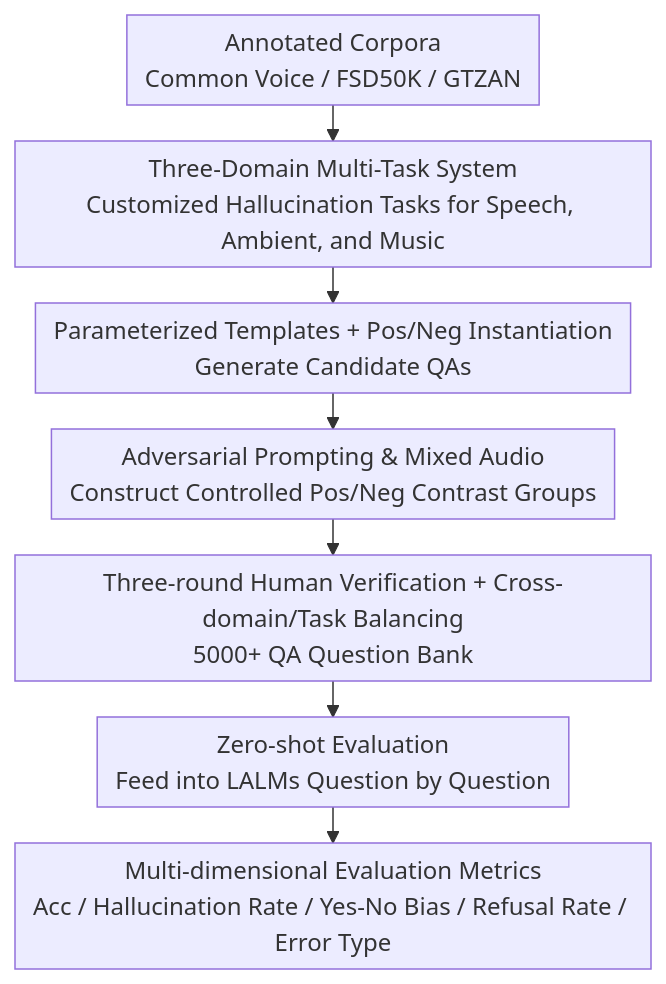
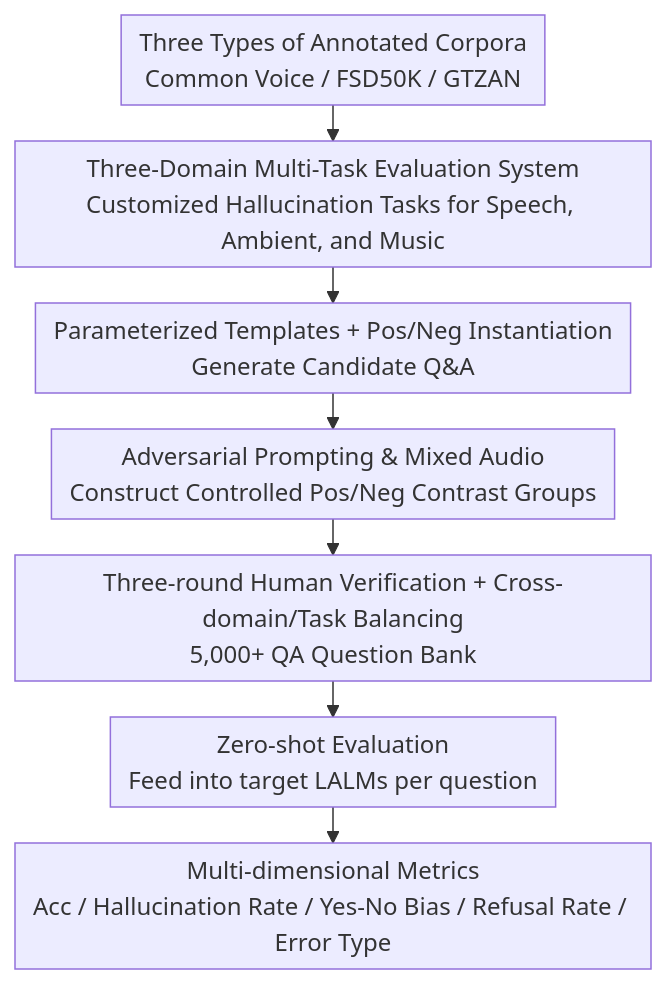
One commit to zhaoyang97/Paper-Notes-en changed the diagram in docs/ACL2026/hallucination/halluaudio_a_comprehensive_benchmark_for_hallucination_detection_in_large_audio-.md. Above: the diagram before and after it, drawn with Mermaid. The commit also changed other lines of this file and 5084 other files, not shown here.

````diff
--- a/docs/ACL2026/hallucination/halluaudio_a_comprehensive_benchmark_for_hallucination_detection_in_large_audio-.md
+++ b/docs/ACL2026/hallucination/halluaudio_a_comprehensive_benchmark_for_hallucination_detection_in_large_audio-.md
@@ -44,10 +44,10 @@
 ```mermaid
 %%{init: {'flowchart': {'rankSpacing': 24, 'nodeSpacing': 28, 'padding': 6, 'wrappingWidth': 400}}}%%
 flowchart TD
-    A["Annotated Corpora<br/>Common Voice / FSD50K / GTZAN"] --> B["Three-Domain Multi-Task System<br/>Customized Hallucination Tasks for Speech, Ambient, and Music"]
-    B --> C["Parameterized Templates + Pos/Neg Instantiation<br/>Generate Candidate QAs"]
+    A["Three Types of Annotated Corpora<br/>Common Voice / FSD50K / GTZAN"] --> B["Three-Domain Multi-Task Evaluation System<br/>Customized Hallucination Tasks for Speech, Ambient, and Music"]
+    B --> C["Parameterized Templates + Pos/Neg Instantiation<br/>Generate Candidate Q&A"]
     C --> D["Adversarial Prompting & Mixed Audio<br/>Construct Controlled Pos/Neg Contrast Groups"]
-    D --> E["Three-round Human Verification + Cross-domain/Task Balancing<br/>5000+ QA Question Bank"]
-    E --> F["Zero-shot Evaluation<br/>Feed into LALMs Question by Question"]
-    F --> G["Multi-dimensional Evaluation Metrics<br/>Acc / Hallucination Rate / Yes-No Bias / Refusal Rate / Error Type"]
+    D --> E["Three-round Human Verification + Cross-domain/Task Balancing<br/>5,000+ QA Question Bank"]
+    E --> F["Zero-shot Evaluation<br/>Feed into target LALMs per question"]
+    F --> G["Multi-dimensional Metrics<br/>Acc / Hallucination Rate / Yes-No Bias / Refusal Rate / Error Type"]
 ```
````
